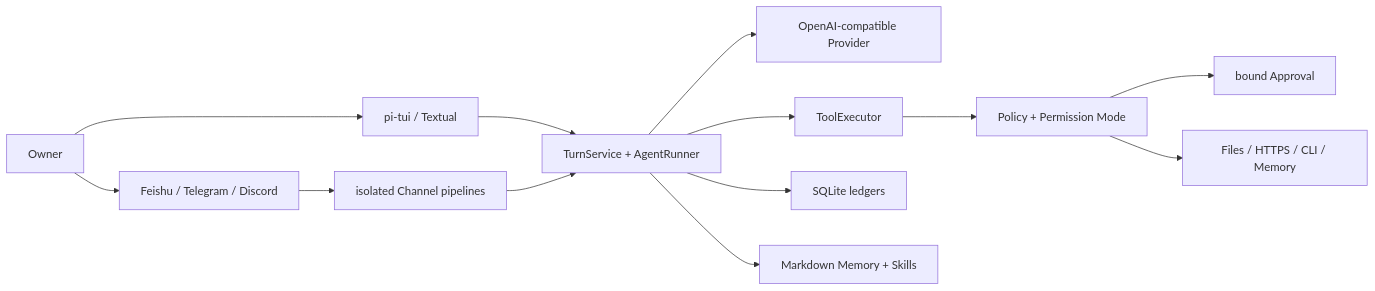
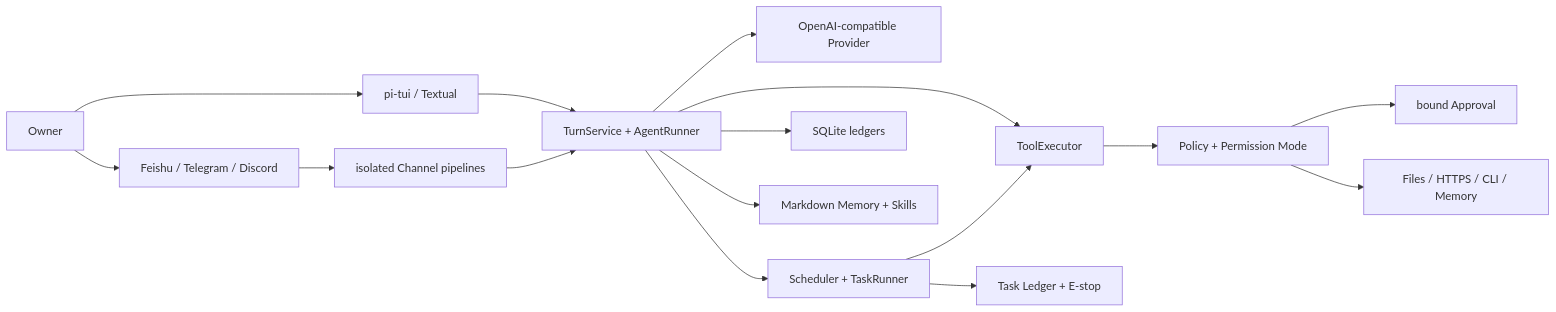
The first of 2 diagrams in README_EN.md (NEDONION/lobster0), drawn with Mermaid before and after one commit. The commit also changed other lines of this file and 15 other files, not shown here.

````diff
--- a/README_EN.md
+++ b/README_EN.md
@@ -138,15 +142,18 @@
 ```mermaid
 flowchart LR
     U["Owner"] --> TUI["pi-tui / Textual"]
     U --> IM["Feishu / Telegram / Discord"]
     TUI --> CORE["TurnService + AgentRunner"]
     IM --> PIPE["isolated Channel pipelines"]
     PIPE --> CORE
     CORE --> PROVIDER["OpenAI-compatible Provider"]
     CORE --> EXEC["ToolExecutor"]
     EXEC --> POLICY["Policy + Permission Mode"]
     POLICY --> APPROVAL["bound Approval"]
     POLICY --> TOOLS["Files / HTTPS / CLI / Memory"]
+    CORE --> SCHED["Scheduler + TaskRunner"]
+    SCHED --> LEDGER["Task Ledger + E-stop"]
+    SCHED --> EXEC
     CORE --> DB["SQLite ledgers"]
     CORE --> MD["Markdown Memory + Skills"]
 ```
````
